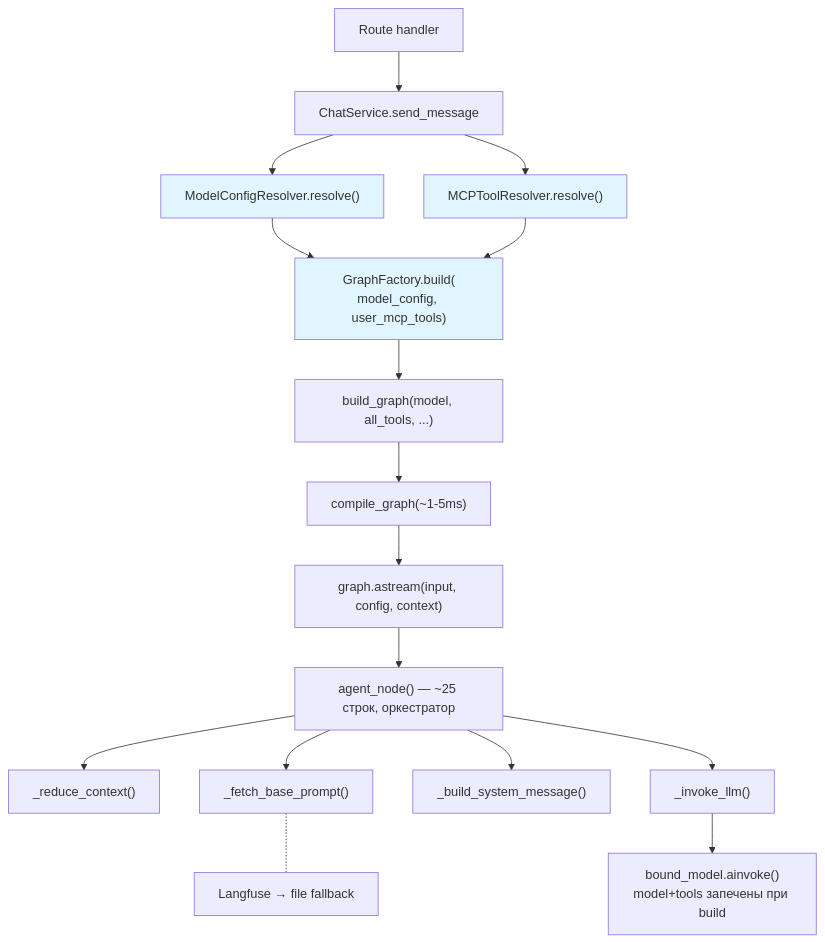
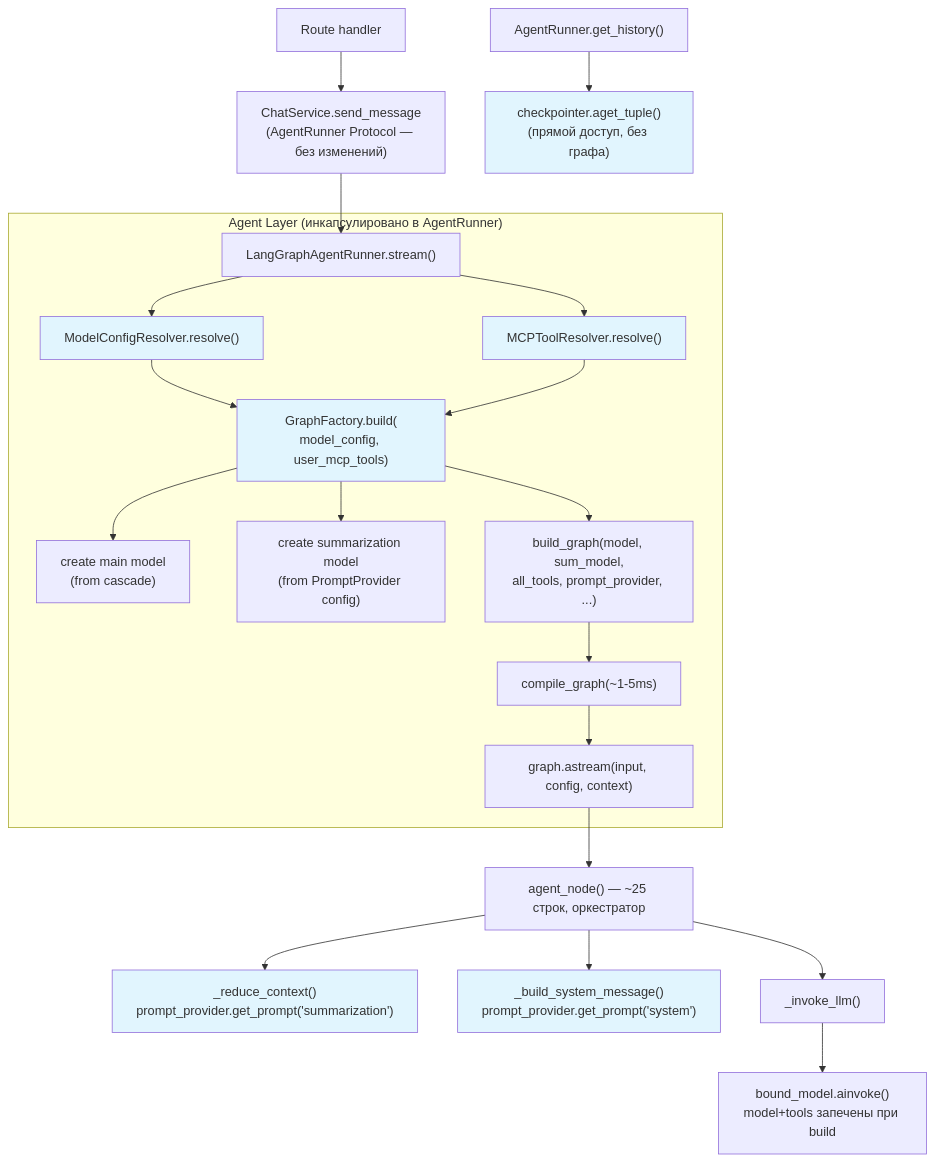
One commit to Bbar0n234/learnflow-ai changed the third of 10 diagrams in doc/tasks/iterations/post-mvp/feat-003-agent-config/design-brief.md. Above: the diagram before and after it, drawn with Mermaid. The commit also changed other lines of this file and 7 other files, not shown here.

````diff
--- a/doc/tasks/iterations/post-mvp/feat-003-agent-config/design-brief.md
+++ b/doc/tasks/iterations/post-mvp/feat-003-agent-config/design-brief.md
@@ -272,24 +310,34 @@
 ```mermaid
 flowchart TD
-    A[Route handler] --> B[ChatService.send_message]
-    B --> R["ModelConfigResolver.resolve()"]
-    B --> T["MCPToolResolver.resolve()"]
-    R --> GF["GraphFactory.build(\nmodel_config, user_mcp_tools)"]
-    T --> GF
-    GF --> BG["build_graph(model, all_tools, ...)"]
-    BG --> CG["compile_graph(~1-5ms)"]
-    CG --> S["graph.astream(input, config, context)"]
+    A[Route handler] --> B["ChatService.send_message\n(AgentRunner Protocol — без изменений)"]
+    B --> AR["LangGraphAgentRunner.stream()"]
+
+    subgraph agent_layer["Agent Layer (инкапсулировано в AgentRunner)"]
+        AR --> R["ModelConfigResolver.resolve()"]
+        AR --> T["MCPToolResolver.resolve()"]
+        R --> GF["GraphFactory.build(\nmodel_config, user_mcp_tools)"]
+        T --> GF
+        GF --> MM["create main model\n(from cascade)"]
+        GF --> SM["create summarization model\n(from PromptProvider config)"]
+        GF --> BG["build_graph(model, sum_model,\nall_tools, prompt_provider, ...)"]
+        BG --> CG["compile_graph(~1-5ms)"]
+        CG --> S["graph.astream(input, config, context)"]
+    end
+
     S --> E["agent_node() — ~25 строк, оркестратор"]
 
-    E --> E1["_reduce_context()"]
-    E --> E3["_fetch_base_prompt()"]
-    E --> E4["_build_system_message()"]
+    E --> E1["_reduce_context()\nprompt_provider.get_prompt('summarization')"]
+    E --> E4["_build_system_message()\nprompt_provider.get_prompt('system')"]
     E --> E5["_invoke_llm()"]
 
     E5 --> F["bound_model.ainvoke()\nmodel+tools запечены при build"]
-    E3 -.- L["Langfuse → file fallback"]
+
+    AR2["AgentRunner.get_history()"] --> CP["checkpointer.aget_tuple()\n(прямой доступ, без графа)"]
 
     style R fill:#e1f5fe
     style T fill:#e1f5fe
     style GF fill:#e1f5fe
+    style E1 fill:#e1f5fe
+    style E4 fill:#e1f5fe
+    style CP fill:#e1f5fe
 ```
````
